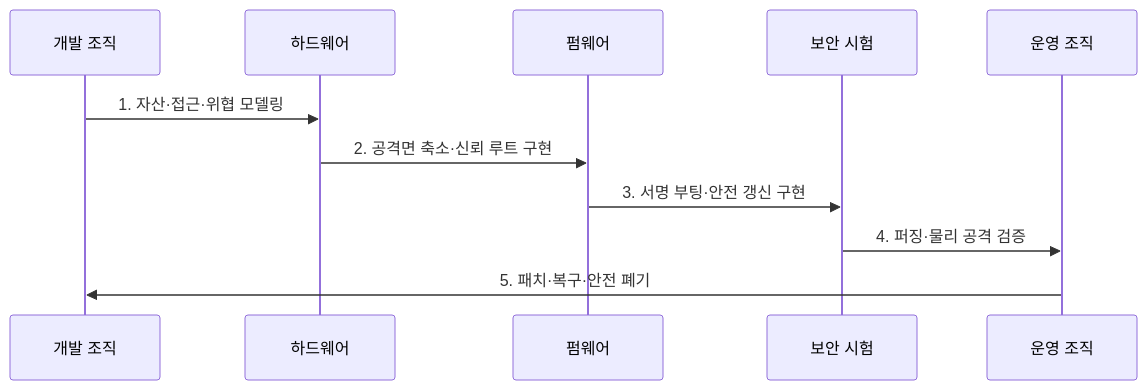
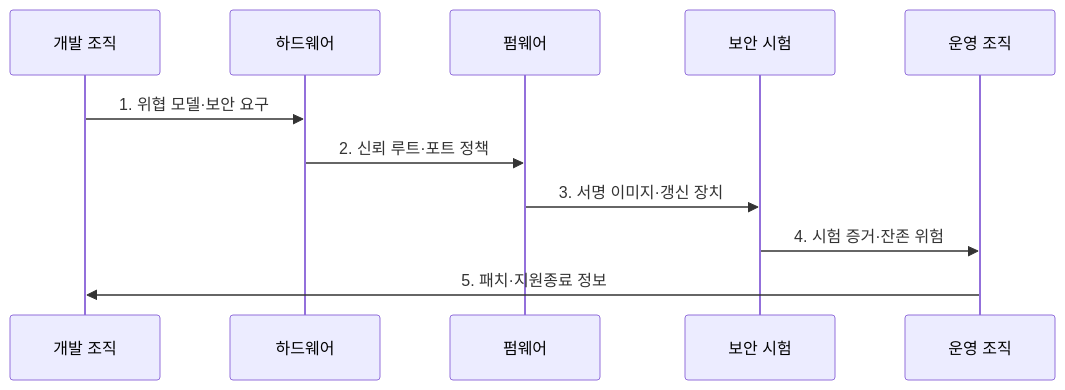
The second of 2 diagrams in src/content/docs/notes/05-security/125_embedded_security_vulnerabilities.md (agnusdei1207/knowledge-base), drawn with Mermaid before and after one commit. The commit also changed other lines of this file and 20 other files, not shown here.

````diff
--- a/src/content/docs/notes/05-security/125_embedded_security_vulnerabilities.md
+++ b/src/content/docs/notes/05-security/125_embedded_security_vulnerabilities.md
@@ -81,13 +82,13 @@
 ```mermaid
 sequenceDiagram
   participant D as 개발 조직
   participant H as 하드웨어
   participant F as 펌웨어
   participant T as 보안 시험
   participant O as 운영 조직
-  D->>H: 1. 자산·접근·위협 모델링
-  H->>F: 2. 공격면 축소·신뢰 루트 구현
-  F->>T: 3. 서명 부팅·안전 갱신 구현
-  T->>O: 4. 퍼징·물리 공격 검증
-  O->>D: 5. 패치·복구·안전 폐기
+  D->>H: 1. 위협 모델·보안 요구
+  H->>F: 2. 신뢰 루트·포트 정책
+  F->>T: 3. 서명 이미지·갱신 장치
+  T->>O: 4. 시험 증거·잔존 위험
+  O->>D: 5. 패치·지원종료 정보
 ```
````
